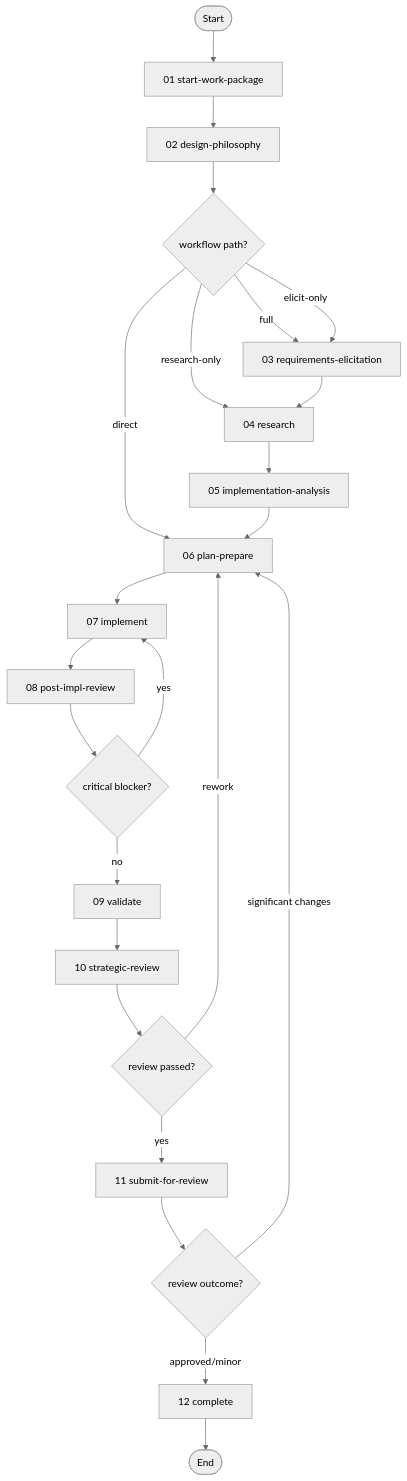
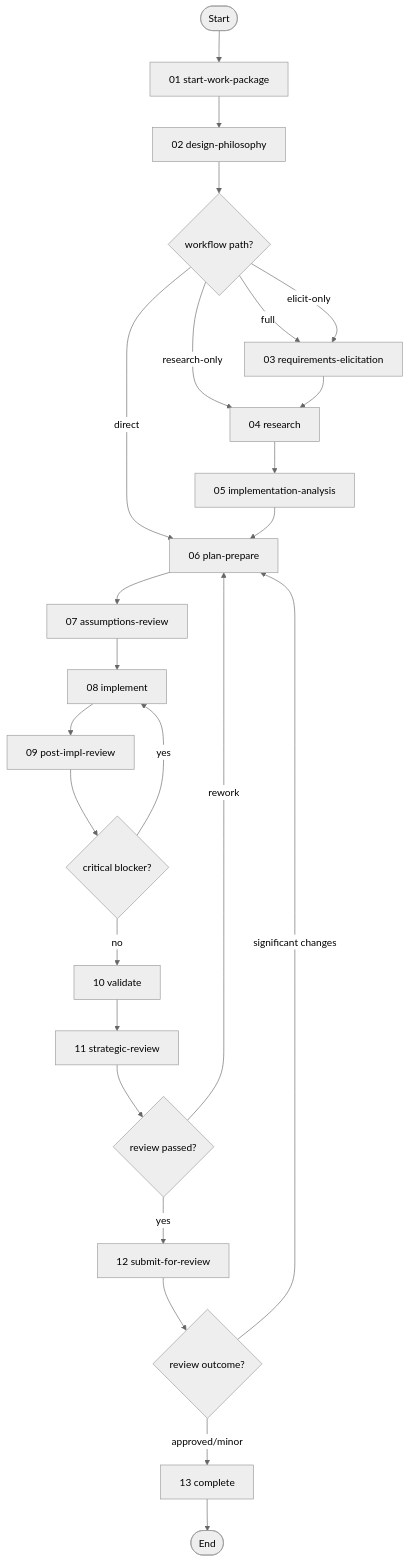
The first of 3 diagrams in work-package/README.md (m2ux/workflow-server), drawn with Mermaid (neutral theme) before and after one commit. The commit also changed other lines of this file and 11 other files, not shown here.

First line of the commit message:
feat: extract assumptions review into standalone activity (07)

````diff
--- a/work-package/README.md
+++ b/work-package/README.md
@@ -36,33 +37,34 @@
 ```mermaid
 graph TD
     startNode(["Start"]) --> SWP["01 start-work-package"]
     SWP --> DP["02 design-philosophy"]
 
     DP --> PATH{"workflow path?"}
     PATH -->|"full"| REL["03 requirements-elicitation"]
     PATH -->|"elicit-only"| REL
     PATH -->|"research-only"| RS
     PATH -->|"direct"| PP
 
     REL --> RS["04 research"]
     RS --> IA["05 implementation-analysis"]
     IA --> PP["06 plan-prepare"]
 
-    PP --> IMP["07 implement"]
-    IMP --> PIR["08 post-impl-review"]
+    PP --> AR["07 assumptions-review"]
+    AR --> IMP["08 implement"]
+    IMP --> PIR["09 post-impl-review"]
     PIR --> BLK{"critical blocker?"}
     BLK -->|"yes"| IMP
-    BLK -->|"no"| VAL["09 validate"]
+    BLK -->|"no"| VAL["10 validate"]
 
-    VAL --> SR["10 strategic-review"]
+    VAL --> SR["11 strategic-review"]
 
     SR --> SRD{"review passed?"}
-    SRD -->|"yes"| SFR["11 submit-for-review"]
+    SRD -->|"yes"| SFR["12 submit-for-review"]
     SRD -->|"rework"| PP
 
     SFR --> RVD{"review outcome?"}
-    RVD -->|"approved/minor"| COMP["12 complete"]
+    RVD -->|"approved/minor"| COMP["13 complete"]
     RVD -->|"significant changes"| PP
 
     COMP --> doneNode(["End"])
 ```
````
